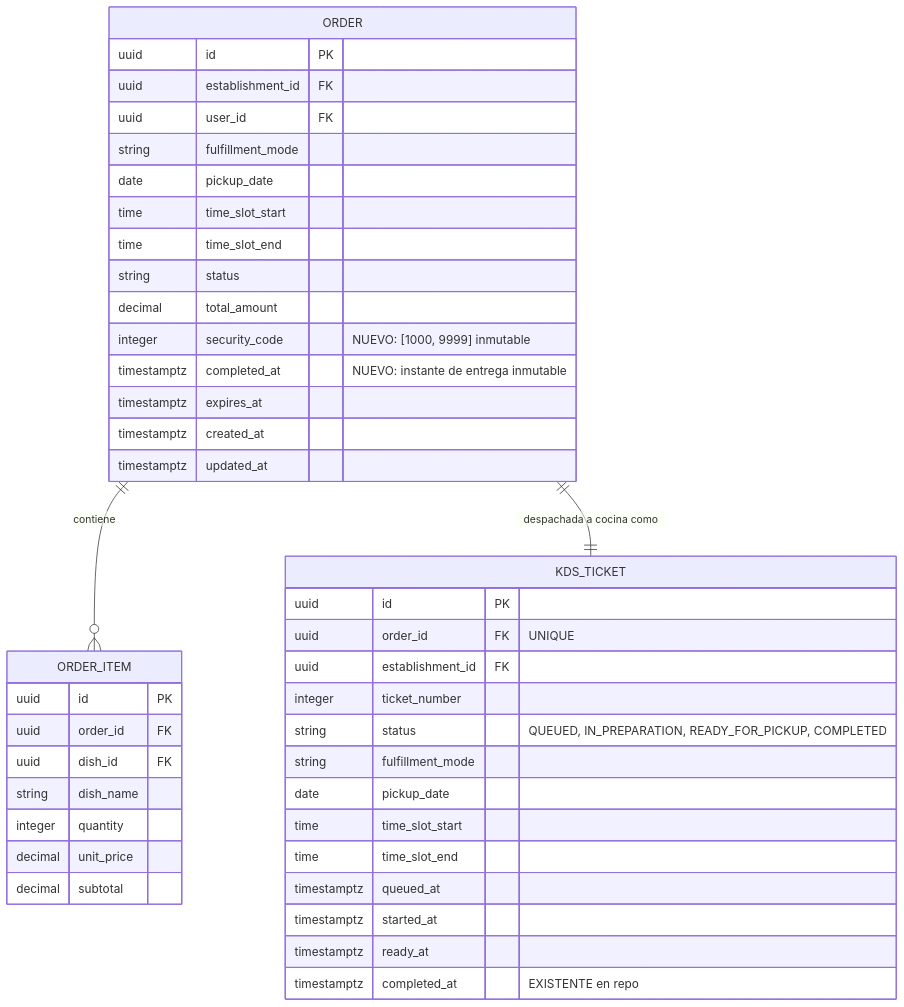
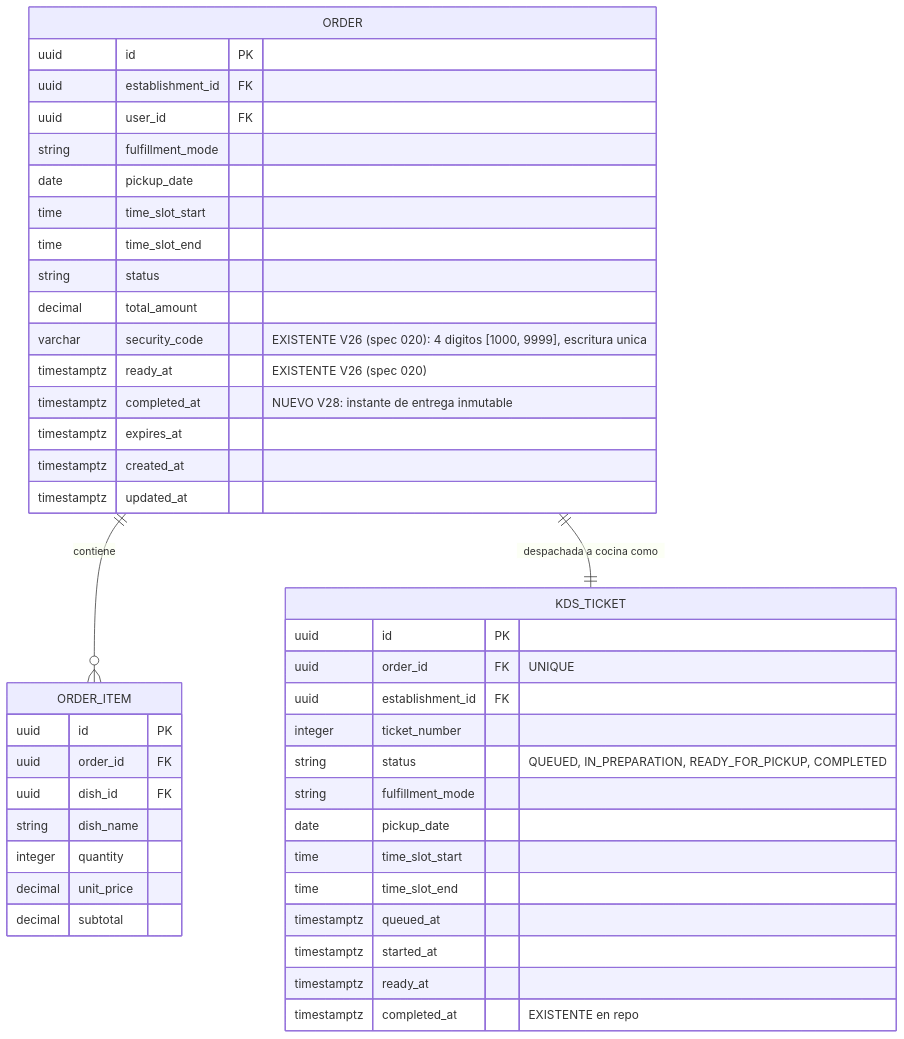
One commit to ValentinoCarmonaS/G12---GDSI changed the first of 2 diagrams in specs/022-pin-antifraud-delivery-completion/data-model.md. Above: the diagram before and after it, drawn with Mermaid. The commit also changed other lines of this file and 7 other files, not shown here.

````diff
--- a/specs/022-pin-antifraud-delivery-completion/data-model.md
+++ b/specs/022-pin-antifraud-delivery-completion/data-model.md
@@ -12,48 +12,49 @@
 ```mermaid
 erDiagram
     ORDER ||--o{ ORDER_ITEM : "contiene"
     ORDER ||--|| KDS_TICKET : "despachada a cocina como"
     
     ORDER {
         uuid id PK
         uuid establishment_id FK
         uuid user_id FK
         string fulfillment_mode
         date pickup_date
         time time_slot_start
         time time_slot_end
         string status
         decimal total_amount
-        integer security_code "NUEVO: [1000, 9999] inmutable"
-        timestamptz completed_at "NUEVO: instante de entrega inmutable"
+        varchar security_code "EXISTENTE V26 (spec 020): 4 digitos [1000, 9999], escritura unica"
+        timestamptz ready_at "EXISTENTE V26 (spec 020)"
+        timestamptz completed_at "NUEVO V28: instante de entrega inmutable"
         timestamptz expires_at
         timestamptz created_at
         timestamptz updated_at
     }
 
     KDS_TICKET {
         uuid id PK
         uuid order_id FK "UNIQUE"
         uuid establishment_id FK
         integer ticket_number
         string status "QUEUED, IN_PREPARATION, READY_FOR_PICKUP, COMPLETED"
         string fulfillment_mode
         date pickup_date
         time time_slot_start
         time time_slot_end
         timestamptz queued_at
         timestamptz started_at
         timestamptz ready_at
         timestamptz completed_at "EXISTENTE en repo"
     }
 
     ORDER_ITEM {
         uuid id PK
         uuid order_id FK
         uuid dish_id FK
         string dish_name
         integer quantity
         decimal unit_price
         decimal subtotal
     }
 ```
````
